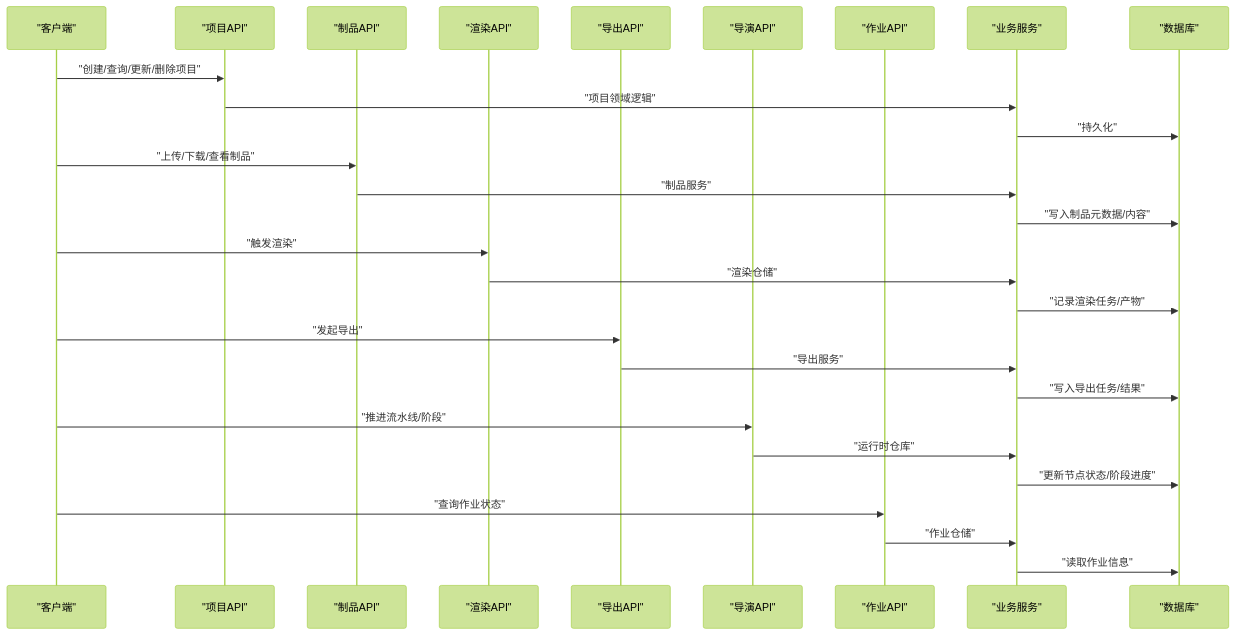
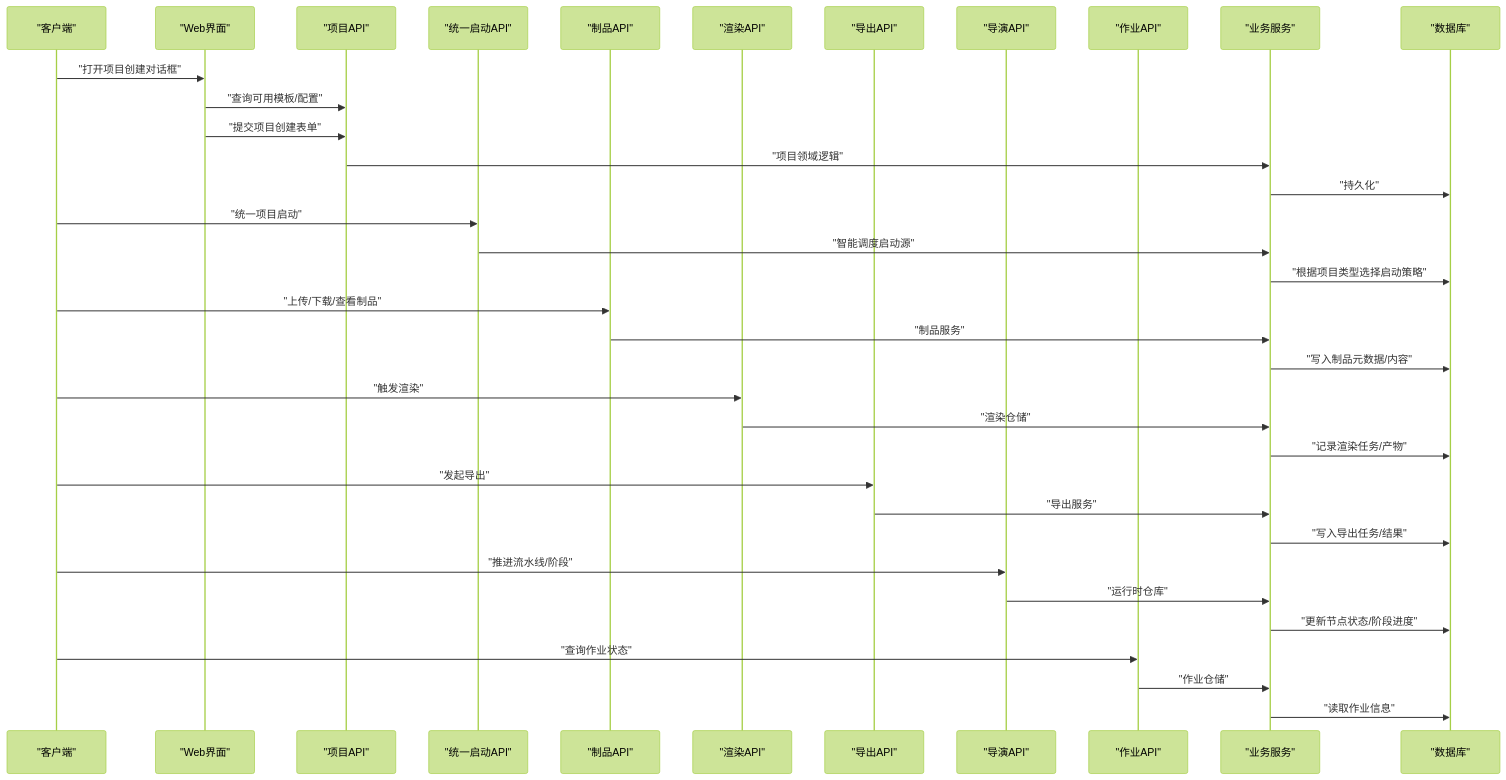
One commit to scottcwy/PurpleInk changed the second of 9 diagrams in .qoder/repowiki/zh/content/API参考/项目管理API.md. Above: the diagram before and after it, drawn with Mermaid (forest theme). The commit also changed other lines of this file and 29 other files, not shown here.

````diff
--- a/.qoder/repowiki/zh/content/API参考/项目管理API.md
+++ b/.qoder/repowiki/zh/content/API参考/项目管理API.md
@@ -137,30 +139,37 @@
 ```mermaid
 sequenceDiagram
 participant Client as "客户端"
+participant WebUI as "Web界面"
 participant Projects as "项目API"
+participant Start as "统一启动API"
 participant Artifacts as "制品API"
 participant Render as "渲染API"
 participant Export as "导出API"
 participant Director as "导演API"
 participant Jobs as "作业API"
 participant Svc as "业务服务"
 participant DB as "数据库"
-Client->>Projects : "创建/查询/更新/删除项目"
+Client->>WebUI : "打开项目创建对话框"
+WebUI->>Projects : "查询可用模板/配置"
+WebUI->>Projects : "提交项目创建表单"
 Projects->>Svc : "项目领域逻辑"
 Svc->>DB : "持久化"
+Client->>Start : "统一项目启动"
+Start->>Svc : "智能调度启动源"
+Svc->>DB : "根据项目类型选择启动策略"
 Client->>Artifacts : "上传/下载/查看制品"
 Artifacts->>Svc : "制品服务"
 Svc->>DB : "写入制品元数据/内容"
 Client->>Render : "触发渲染"
 Render->>Svc : "渲染仓储"
 Svc->>DB : "记录渲染任务/产物"
 Client->>Export : "发起导出"
 Export->>Svc : "导出服务"
 Svc->>DB : "写入导出任务/结果"
 Client->>Director : "推进流水线/阶段"
 Director->>Svc : "运行时仓库"
 Svc->>DB : "更新节点状态/阶段进度"
 Client->>Jobs : "查询作业状态"
 Jobs->>Svc : "作业仓储"
 Svc->>DB : "读取作业信息"
 ```
````
